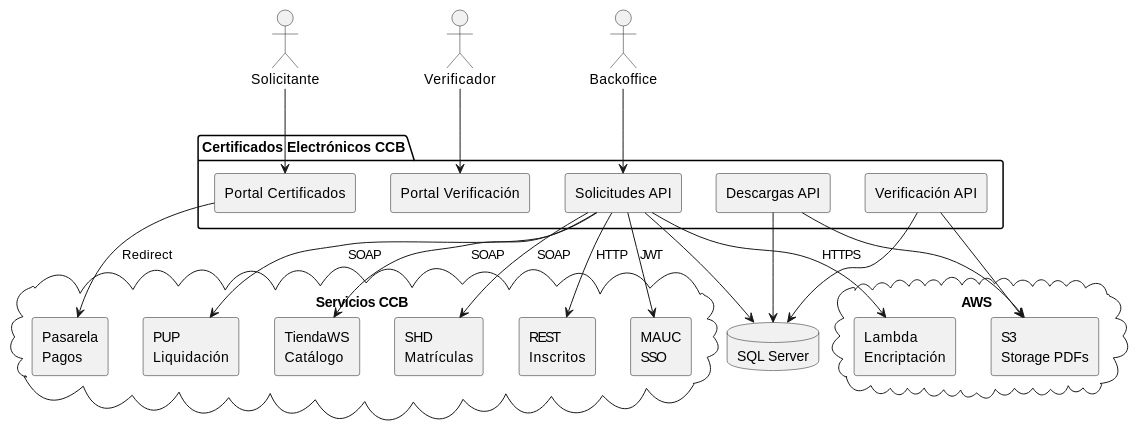
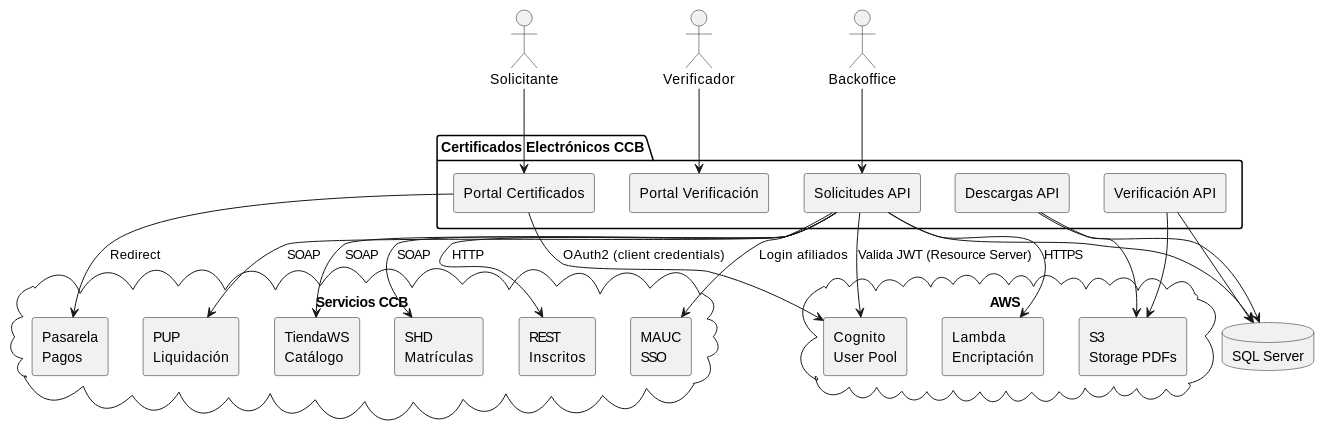
Before and after one commit to LIDR-academy/AI4Devs-finalproject: the sixth of 12 diagrams in docs/PRD_CERTIFICADOS_ELECTRONICOS.md, drawn with PlantUML. The commit also changed other lines of this file and 72 other files, not shown here.

````diff
--- a/docs/PRD_CERTIFICADOS_ELECTRONICOS.md
+++ b/docs/PRD_CERTIFICADOS_ELECTRONICOS.md
@@ -686,51 +684,54 @@
 ```plantuml
 @startuml
 skinparam componentStyle rectangle
 
 actor "Solicitante" as user
 actor "Verificador" as verif
 actor "Backoffice" as bo
 
 package "Certificados Electrónicos CCB" as sys {
     [Portal Certificados]
     [Portal Verificación]
     [Solicitudes API]
     [Descargas API]
     [Verificación API]
 }
 
 cloud "Servicios CCB" {
     [PUP\nLiquidación] as PUP
     [TiendaWS\nCatálogo] as TIENDA
     [SHD\nMatrículas] as SHD
     [REST\nInscritos] as REST
     [MAUC\nSSO] as MAUC
     [Pasarela\nPagos] as PAY
 }
 
 cloud "AWS" {
     [S3\nStorage PDFs] as S3
     [Lambda\nEncriptación] as LAMBDA
+    [Cognito\nUser Pool] as COGNITO
 }
 
 database "SQL Server" as DB
 
 user --> [Portal Certificados]
 verif --> [Portal Verificación]
 bo --> [Solicitudes API]
 
 [Solicitudes API] --> PUP : SOAP
 [Solicitudes API] --> TIENDA : SOAP
 [Solicitudes API] --> SHD : SOAP
 [Solicitudes API] --> REST : HTTP
-[Solicitudes API] --> MAUC : JWT
+[Solicitudes API] --> MAUC : Login afiliados
+[Portal Certificados] --> COGNITO : OAuth2 (client credentials)
+[Solicitudes API] --> COGNITO : Valida JWT (Resource Server)
 [Solicitudes API] --> LAMBDA : HTTPS
 [Portal Certificados] --> PAY : Redirect
 [Solicitudes API] --> DB
 [Descargas API] --> DB
 [Descargas API] --> S3
 [Verificación API] --> DB
 [Verificación API] --> S3
 
 @enduml
 ```
````
